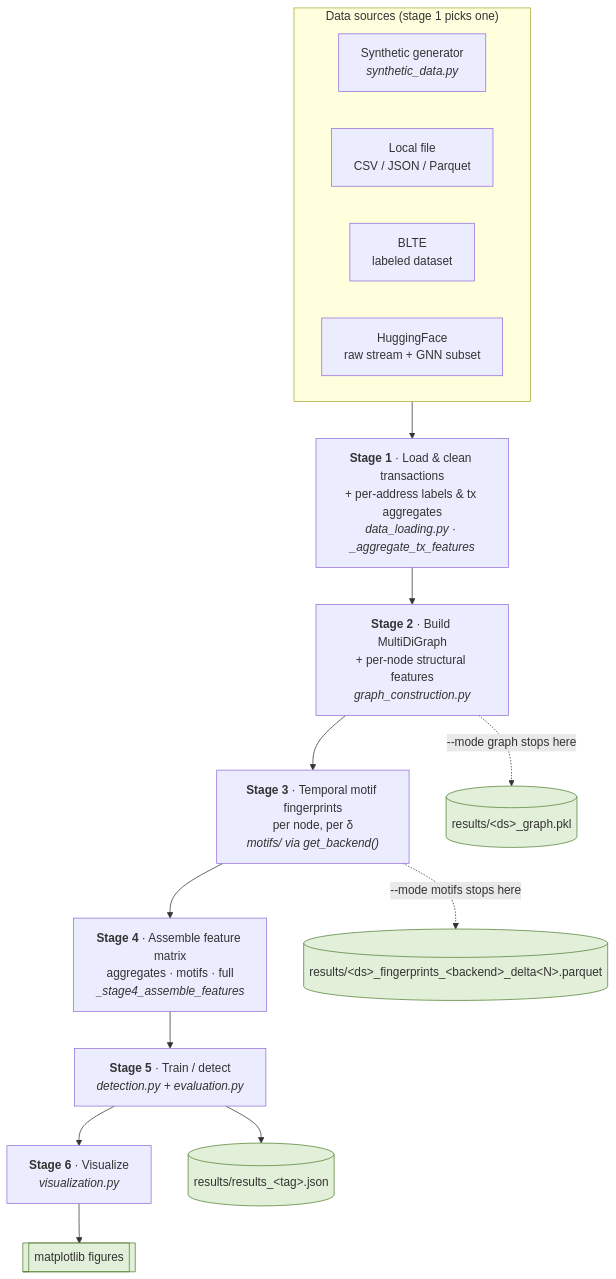
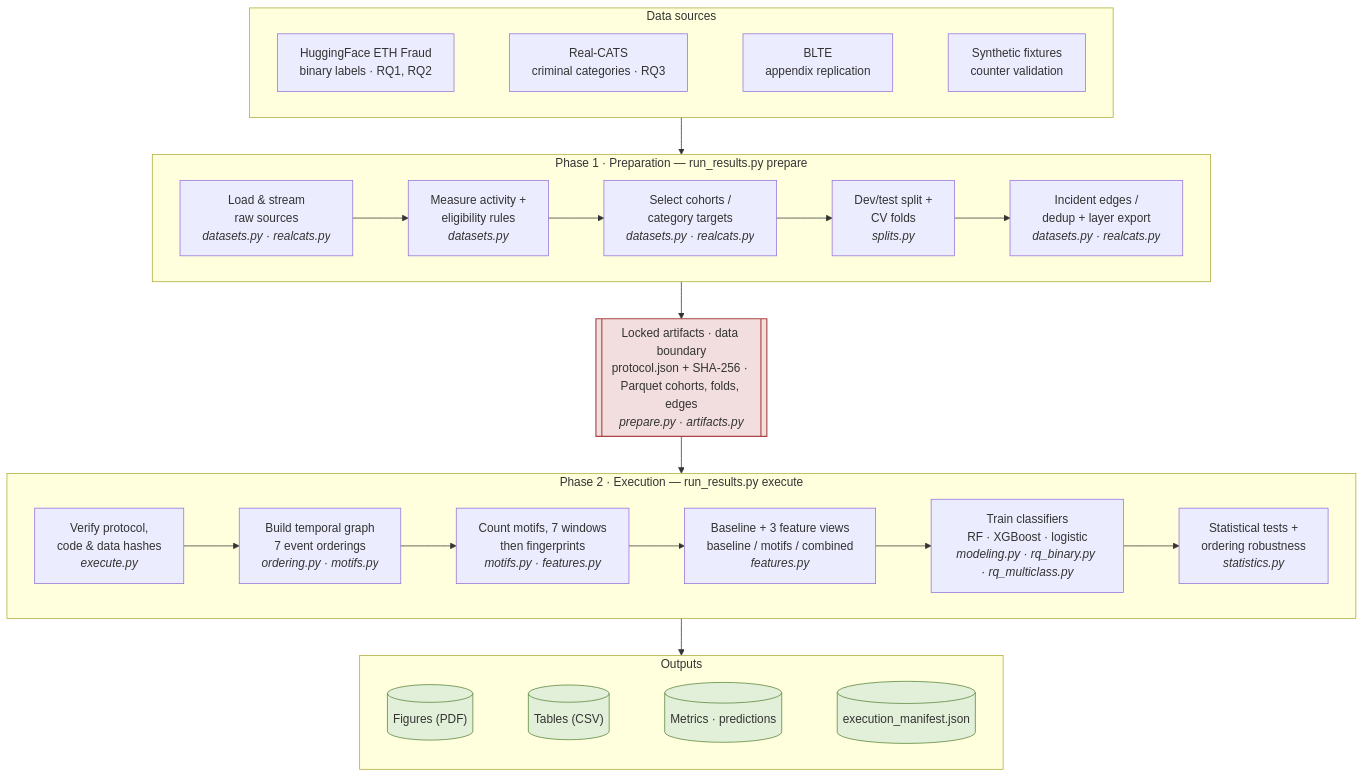
The diagram in diagrams/01-pipeline.mmd (sbrucknerh/bachelor_thesis), drawn with Mermaid before and after one commit. The commit also changed 63 other files, not shown here.

```diff
--- a/diagrams/01-pipeline.mmd
+++ b/diagrams/01-pipeline.mmd
@@ -1,27 +1,55 @@
+%% Locked Results pipeline for the thesis experiments.
+%% Entry point: scripts/run_results.py (prepare / execute subcommands).
+%% Phases are stacked top-to-bottom; components within a phase run left-to-right.
 flowchart TD
-    subgraph SRC["Data sources (stage 1 picks one)"]
+
+    subgraph SRC["Data sources"]
         direction LR
-        SYN["Synthetic generator<br/><i>synthetic_data.py</i>"]
-        FILE["Local file<br/>CSV / JSON / Parquet"]
-        BLTE["BLTE<br/>labeled dataset"]
-        HF["HuggingFace<br/>raw stream + GNN subset"]
+        HF["HuggingFace ETH Fraud<br/>binary labels &middot; RQ1, RQ2"]
+        RC["Real-CATS<br/>criminal categories &middot; RQ3"]
+        BL["BLTE<br/>appendix replication"]
+        SY["Synthetic fixtures<br/>counter validation"]
+        HF ~~~ RC ~~~ BL ~~~ SY
     end
 
-    SRC --> S1
+    subgraph P1["Phase 1 &middot; Preparation &mdash; run_results.py prepare"]
+        direction LR
+        L["Load &amp; stream<br/>raw sources<br/><i>datasets.py &middot; realcats.py</i>"]
+        A["Measure activity +<br/>eligibility rules<br/><i>datasets.py</i>"]
+        C["Select cohorts /<br/>category targets<br/><i>datasets.py &middot; realcats.py</i>"]
+        S["Dev/test split +<br/>CV folds<br/><i>splits.py</i>"]
+        E["Incident edges /<br/>dedup + layer export<br/><i>datasets.py &middot; realcats.py</i>"]
+        L --> A --> C --> S --> E
+    end
 
-    S1["<b>Stage 1</b> · Load &amp; clean transactions<br/>+ per-address labels &amp; tx aggregates<br/><i>data_loading.py · _aggregate_tx_features</i>"]
-    S2["<b>Stage 2</b> · Build MultiDiGraph<br/>+ per-node structural features<br/><i>graph_construction.py</i>"]
-    S3["<b>Stage 3</b> · Temporal motif fingerprints<br/>per node, per δ<br/><i>motifs/ via get_backend()</i>"]
-    S4["<b>Stage 4</b> · Assemble feature matrix<br/>aggregates · motifs · full<br/><i>_stage4_assemble_features</i>"]
-    S5["<b>Stage 5</b> · Train / detect<br/><i>detection.py + evaluation.py</i>"]
-    S6["<b>Stage 6</b> · Visualize<br/><i>visualization.py</i>"]
+    LOCK[["Locked artifacts &middot; data boundary<br/>protocol.json + SHA-256 &middot; Parquet cohorts, folds, edges<br/><i>prepare.py &middot; artifacts.py</i>"]]
 
-    S1 --> S2 --> S3 --> S4 --> S5 --> S6
+    subgraph P2["Phase 2 &middot; Execution &mdash; run_results.py execute"]
+        direction LR
+        V["Verify protocol,<br/>code &amp; data hashes<br/><i>execute.py</i>"]
+        G["Build temporal graph<br/>7 event orderings<br/><i>ordering.py &middot; motifs.py</i>"]
+        M["Count motifs, 7 windows<br/>then fingerprints<br/><i>motifs.py &middot; features.py</i>"]
+        F["Baseline + 3 feature views<br/>baseline / motifs / combined<br/><i>features.py</i>"]
+        T["Train classifiers<br/>RF &middot; XGBoost &middot; logistic<br/><i>modeling.py &middot; rq_binary.py &middot; rq_multiclass.py</i>"]
+        ST["Statistical tests +<br/>ordering robustness<br/><i>statistics.py</i>"]
+        V --> G --> M --> F --> T --> ST
+    end
 
-    S2 -.->|"--mode graph stops here"| G[("results/&lt;ds&gt;_graph.pkl")]
-    S3 -.->|"--mode motifs stops here"| FP[("results/&lt;ds&gt;_fingerprints_&lt;backend&gt;_delta&lt;N&gt;.parquet")]
-    S5 --> J[("results/results_&lt;tag&gt;.json")]
-    S6 --> FIG[["matplotlib figures"]]
+    subgraph OUT["Outputs"]
+        direction LR
+        FIG[("Figures (PDF)")]
+        TAB[("Tables (CSV)")]
+        MET[("Metrics &middot; predictions")]
+        MAN[("execution_manifest.json")]
+        FIG ~~~ TAB ~~~ MET ~~~ MAN
+    end
 
+    SRC --> P1
+    P1 --> LOCK
+    LOCK --> P2
+    P2 --> OUT
+
+    classDef lock fill:#f2dede,stroke:#a94442,stroke-width:1.5px;
     classDef out fill:#e2f0d9,stroke:#548235;
-    class G,FP,J,FIG out;
+    class LOCK lock;
+    class FIG,TAB,MET,MAN out;
```
